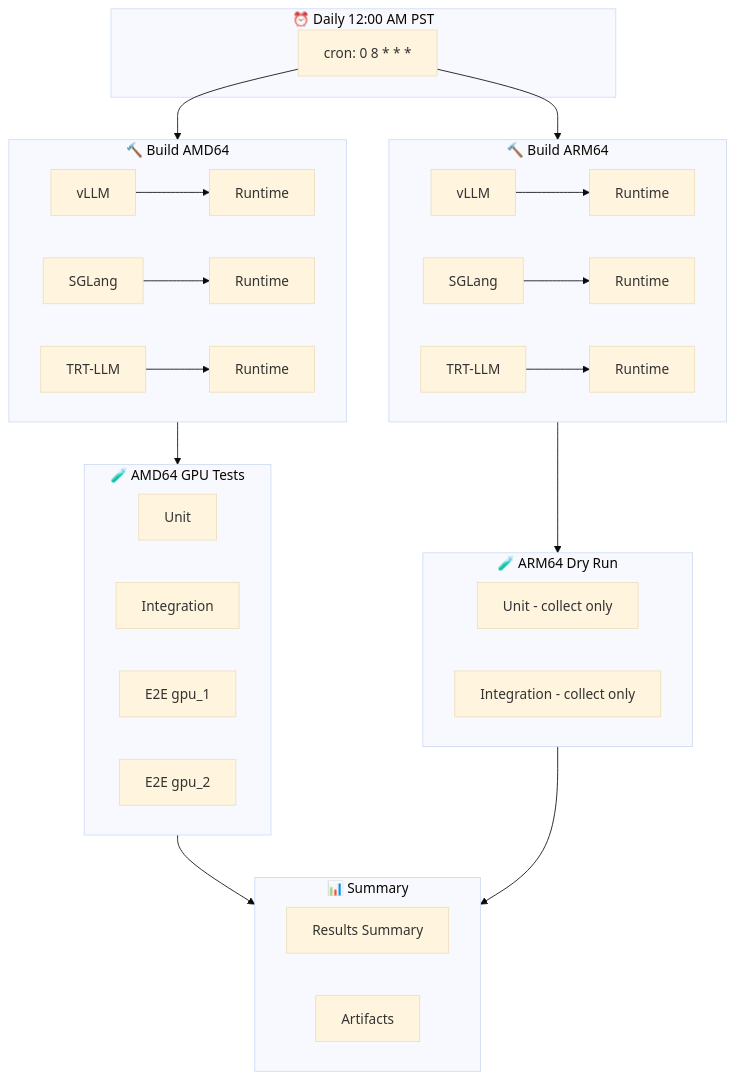
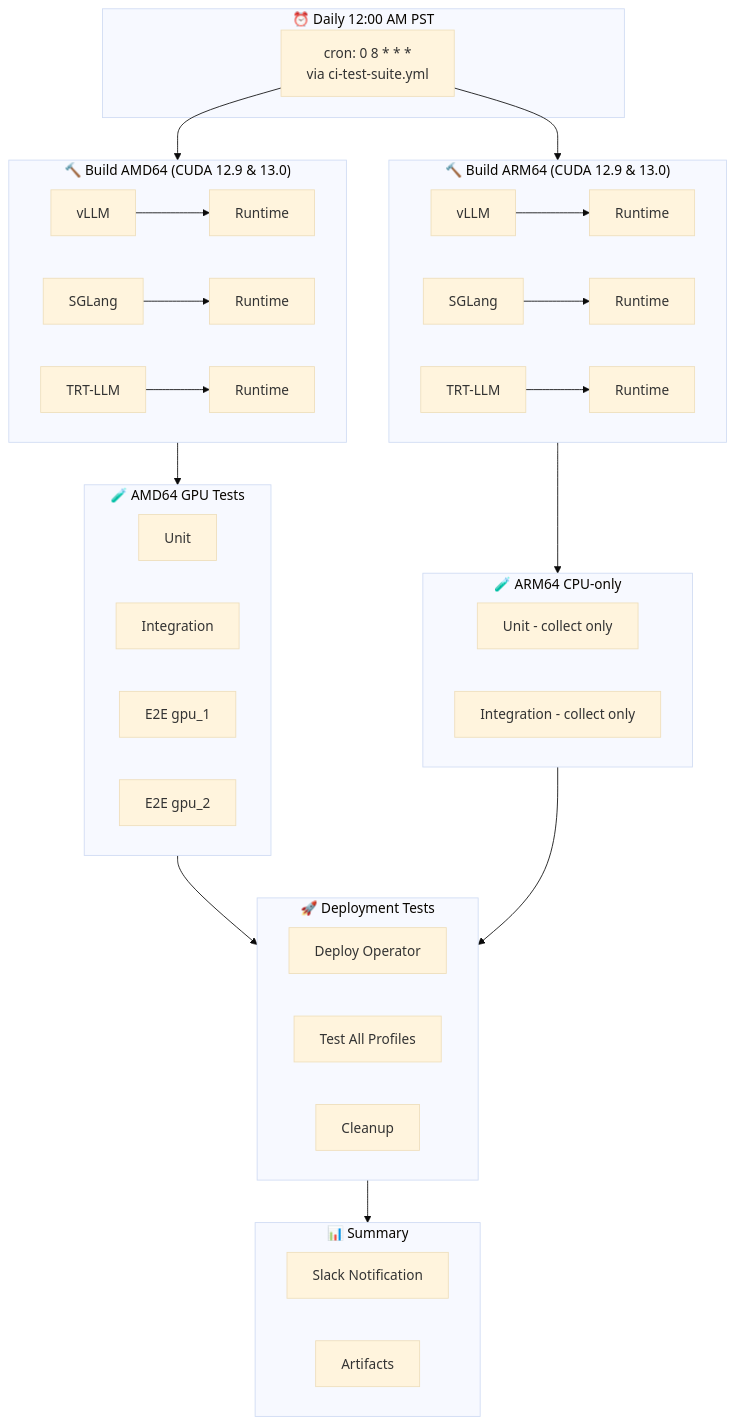
One commit to ai-dynamo/dynamo changed the fourth of 4 diagrams in .github/NIGHTLY_WORKFLOW.md. Above: the diagram before and after it, drawn with Mermaid (base theme). The commit also changed other lines of this file and 3 other files, not shown here.

````diff
--- a/.github/NIGHTLY_WORKFLOW.md
+++ b/.github/NIGHTLY_WORKFLOW.md
@@ -135,40 +180,47 @@
 ```mermaid
 flowchart TB
     subgraph Schedule["⏰ Daily 12:00 AM PST"]
-        Cron["cron: 0 8 * * *"]
+        Cron["cron: 0 8 * * *<br/>via ci-test-suite.yml"]
     end
 
-    subgraph BuildAMD["🔨 Build AMD64"]
+    subgraph BuildAMD["🔨 Build AMD64 (CUDA 12.9 & 13.0)"]
         BA1[vLLM] --> BA2[Runtime]
         BA3[SGLang] --> BA4[Runtime]
         BA5[TRT-LLM] --> BA6[Runtime]
     end
 
-    subgraph BuildARM["🔨 Build ARM64"]
+    subgraph BuildARM["🔨 Build ARM64 (CUDA 12.9 & 13.0)"]
         BB1[vLLM] --> BB2[Runtime]
         BB3[SGLang] --> BB4[Runtime]
         BB5[TRT-LLM] --> BB6[Runtime]
     end
 
     subgraph TestAMD["🧪 AMD64 GPU Tests"]
         TA1[Unit]
         TA2[Integration]
         TA3[E2E gpu_1]
         TA4[E2E gpu_2]
     end
 
-    subgraph TestARM["🧪 ARM64 Dry Run"]
+    subgraph TestARM["🧪 ARM64 CPU-only"]
         TB1[Unit - collect only]
         TB2[Integration - collect only]
     end
 
+    subgraph Deploy["🚀 Deployment Tests"]
+        D1[Deploy Operator]
+        D2[Test All Profiles]
+        D3[Cleanup]
+    end
+
     subgraph Summary["📊 Summary"]
-        S1[Results Summary]
+        S1[Slack Notification]
         S2[Artifacts]
     end
 
     Cron --> BuildAMD & BuildARM
     BuildAMD --> TestAMD
     BuildARM --> TestARM
-    TestAMD & TestARM --> Summary
+    TestAMD & TestARM --> Deploy
+    Deploy --> Summary
 ```
````
